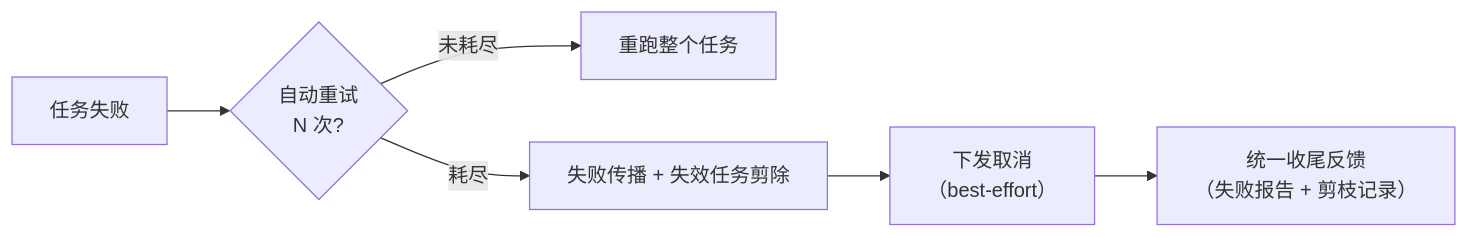
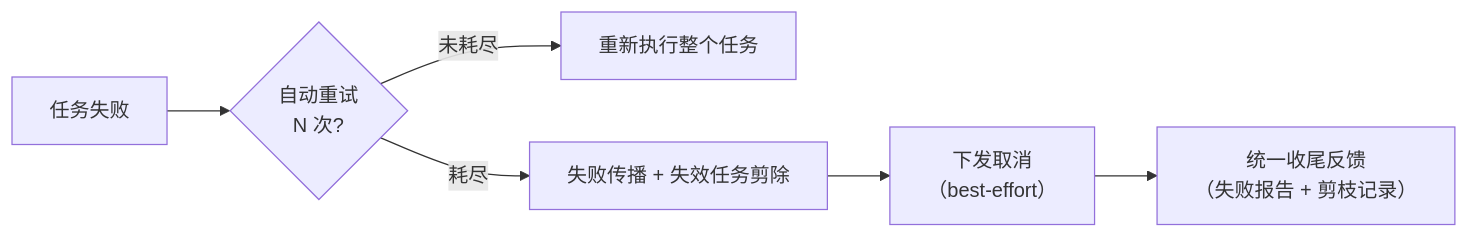
The second of 2 diagrams in docs/architecture.md (hankwangcn/agents-orchestration), drawn with Mermaid before and after one commit. The commit also changed other lines of this file and 62 other files, not shown here.

````diff
--- a/docs/architecture.md
+++ b/docs/architecture.md
@@ -239,8 +239,8 @@
 ```mermaid
 flowchart LR
     F["任务失败"] --> R{"自动重试<br/>N 次?"}
-    R -->|未耗尽| RET["重跑整个任务"]
+    R -->|未耗尽| RET["重新执行整个任务"]
     R -->|耗尽| P["失败传播 + 失效任务剪除"]
     P --> C["下发取消<br/>（best-effort）"]
     C --> U["统一收尾反馈<br/>（失败报告 + 剪枝记录）"]
 ```
````
